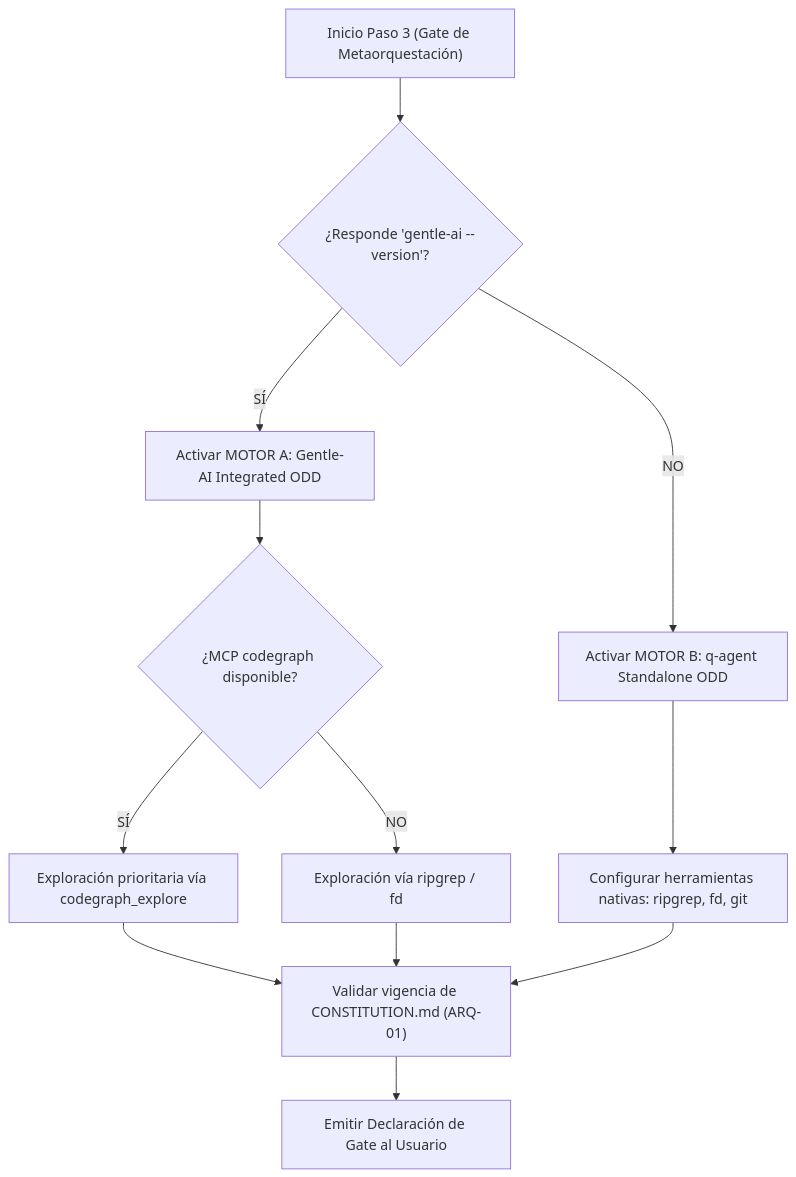
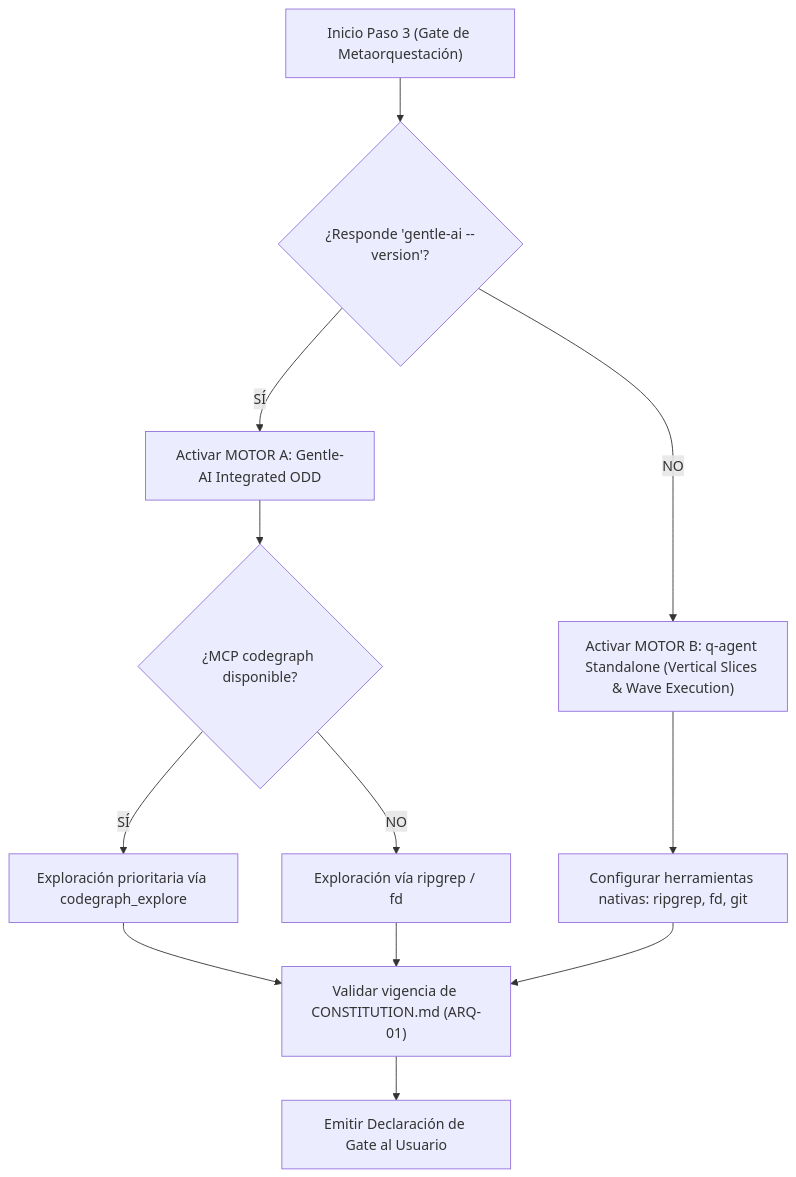
Before and after one commit to QuantumEdu/q-agent: the diagram in references/dual-engine.md, drawn with Mermaid. The commit also changed other lines of this file and 5 other files, not shown here.

Commit message:
docs(architecture): adopt Wave Execution and atomic work-unit commits for vertical slices

````diff
--- a/references/dual-engine.md
+++ b/references/dual-engine.md
@@ -35,19 +35,19 @@
 ```mermaid
 flowchart TD
     Start["Inicio Paso 3 (Gate de Metaorquestación)"] --> ProbeGentleAI{"¿Responde 'gentle-ai --version'?"}
     
     ProbeGentleAI -- SÍ --> SelectGentleAI["Activar MOTOR A: Gentle-AI Integrated ODD"]
-    ProbeGentleAI -- NO --> SelectStandalone["Activar MOTOR B: q-agent Standalone ODD"]
+    ProbeGentleAI -- NO --> SelectStandalone["Activar MOTOR B: q-agent Standalone (Vertical Slices & Wave Execution)"]
     
     SelectGentleAI --> CheckCodeGraph{"¿MCP codegraph disponible?"}
     CheckCodeGraph -- SÍ --> UseCodeGraph["Exploración prioritaria vía codegraph_explore"]
     CheckCodeGraph -- NO --> FallbackRipgrepA["Exploración vía ripgrep / fd"]
     
     SelectStandalone --> ProbeTools["Configurar herramientas nativas: ripgrep, fd, git"]
     
     UseCodeGraph --> ValidateConst["Validar vigencia de CONSTITUTION.md (ARQ-01)"]
     FallbackRipgrepA --> ValidateConst
     ProbeTools --> ValidateConst
     
     ValidateConst --> EmitGate["Emitir Declaración de Gate al Usuario"]
 ```
````
